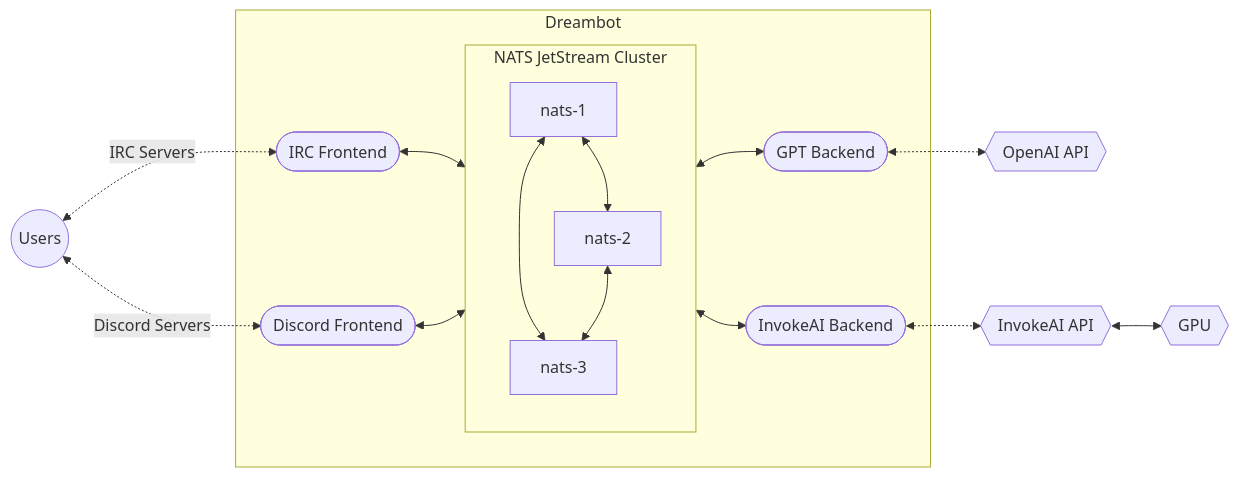
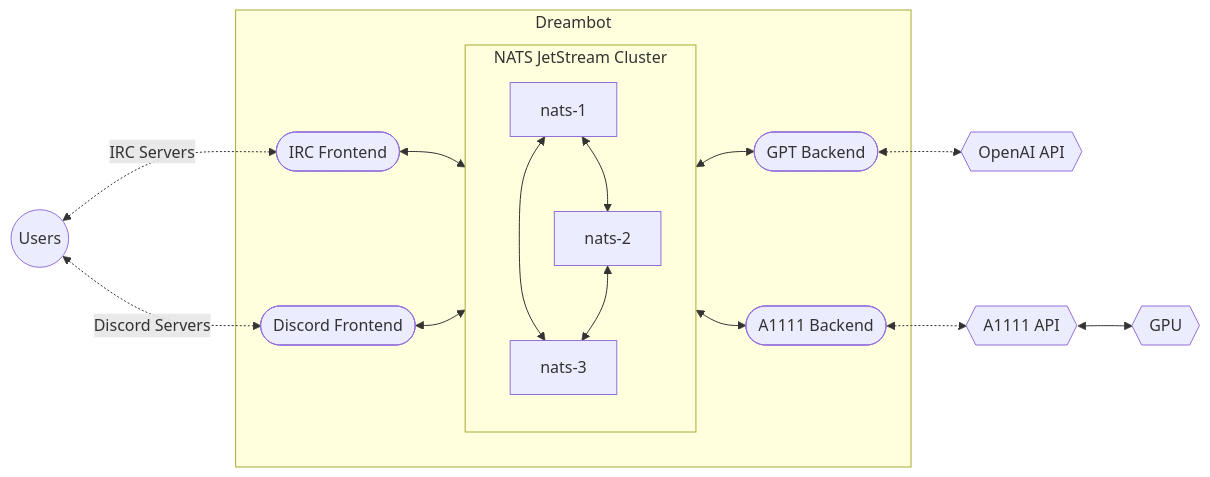
Before and after one commit to cmsj/dreambot: the diagram in README.md, drawn with Mermaid. The commit also changed other lines of this file and 4 other files, not shown here.

Commit message:
Add a backend for A1111 instead of InvokeAI since the API is vastly simpler

````diff
--- a/README.md
+++ b/README.md
@@ -11,22 +11,22 @@
 ```mermaid
 flowchart LR
     subgraph NATS [ NATS JetStream Cluster]
         C[nats-1]
         I[nats-2]
         J[nats-3]
 
         C <--> I
         C <--> J
         I <--> J
     end
     subgraph Dreambot
         B([IRC Frontend])
         E([GPT Backend])
         D([Discord Frontend])
-        F([InvokeAI Backend])
+        F([A1111 Backend])
         NATS
     end
     A((Users)) <-. IRC Servers .-> B <--> NATS <--> E <-.-> G{{OpenAI API}}
-    A <-. Discord Servers .-> D <--> NATS <--> F <-.-> H{{InvokeAI API}} <--> L{{GPU}}
+    A <-. Discord Servers .-> D <--> NATS <--> F <-.-> H{{A1111 API}} <--> L{{GPU}}
 
 ```
````
